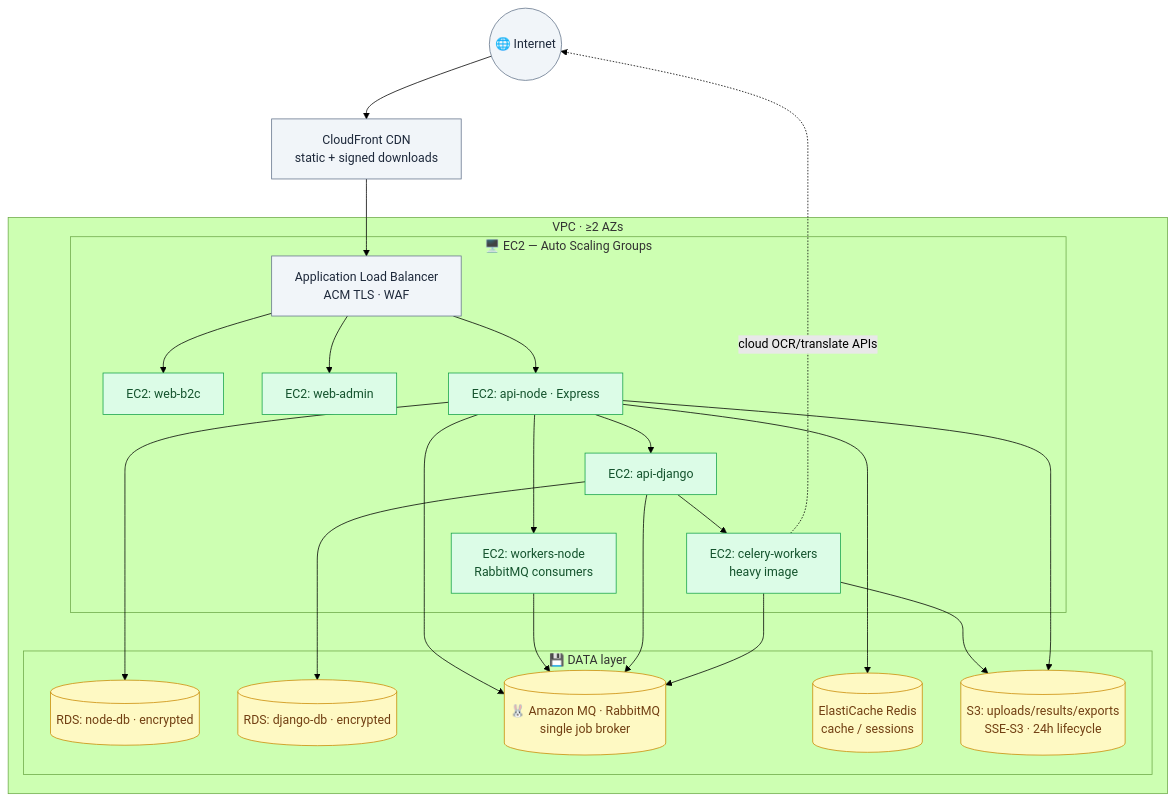
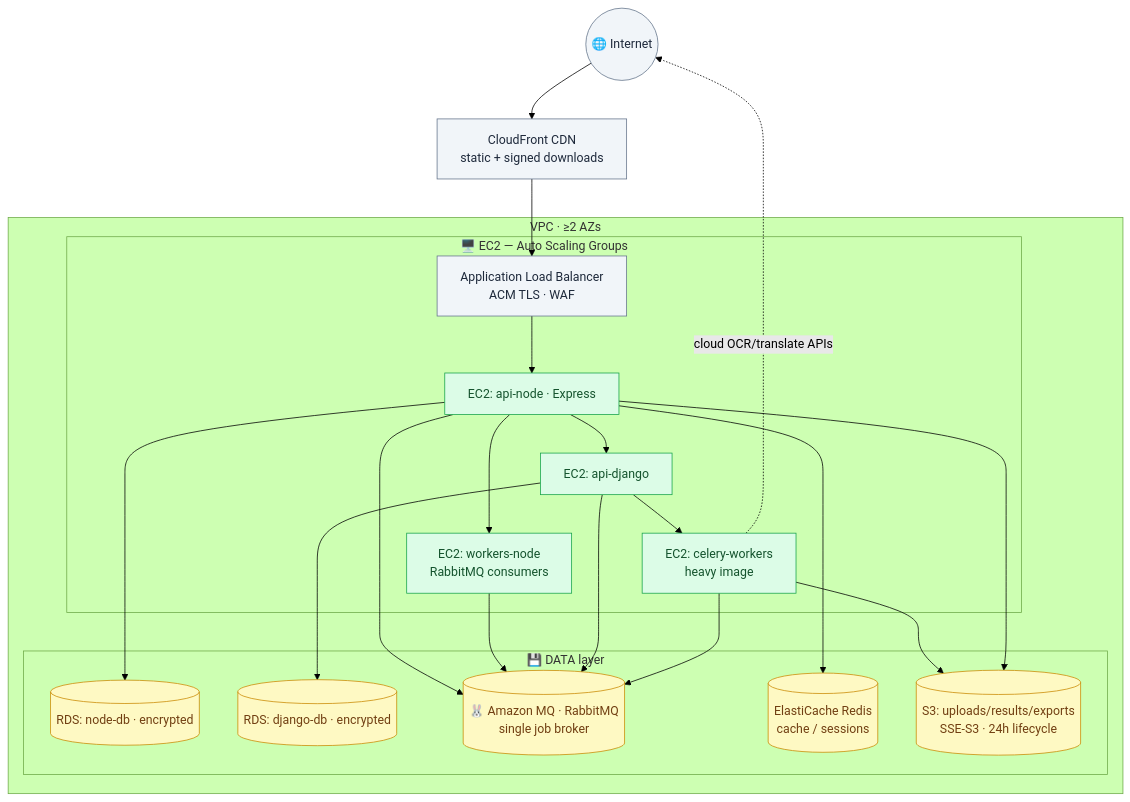
The fifth of 6 diagrams in architecture_diagrams.md (Mrutunjay50/DOCS), drawn with Mermaid (forest theme) before and after one commit. The commit also changed other lines of this file, not shown here.

````diff
--- a/architecture_diagrams.md
+++ b/architecture_diagrams.md
@@ -224,39 +224,37 @@
 ```mermaid
 flowchart TB
     NET((🌐 Internet)) --> CF[CloudFront CDN<br/>static + signed downloads]
     CF --> ALB[Application Load Balancer<br/>ACM TLS · WAF]
 
     subgraph VPC["VPC · ≥2 AZs"]
         subgraph EC2["🖥️ EC2 — Auto Scaling Groups"]
-            ALB --> f1[EC2: web-b2c]
-            ALB --> f2[EC2: web-admin]
             ALB --> f3[EC2: api-node · Express]
             f3 --> w1[EC2: workers-node<br/>RabbitMQ consumers]
             f3 --> w2[EC2: api-django]
             w2 --> w3[EC2: celery-workers<br/>heavy image]
         end
         subgraph DATA["💾 DATA layer"]
             rds1[(RDS: node-db · encrypted)]
             rds2[(RDS: django-db · encrypted)]
             mq[(🐰 Amazon MQ · RabbitMQ<br/>single job broker)]
             ec[(ElastiCache Redis<br/>cache / sessions)]
             s3[(S3: uploads/results/exports<br/>SSE-S3 · 24h lifecycle)]
         end
     end
 
     f3 --> rds1
     f3 --> ec
     f3 --> mq
     w2 --> rds2
     w1 & w2 & w3 --> mq
     w3 --> s3
     f3 --> s3
     w3 -. "cloud OCR/translate APIs" .-> NET
 
     classDef pub fill:#DCFCE7,stroke:#16A34A,color:#14532D;
     classDef data fill:#FEF9C3,stroke:#CA8A04,color:#713F12;
     classDef edge fill:#F1F5F9,stroke:#64748B,color:#1E293B;
-    class f1,f2,f3,w1,w2,w3 pub;
+    class f3,w1,w2,w3 pub;
     class rds1,rds2,ec,s3,mq data;
     class CF,ALB,NET edge;
 ```
````
